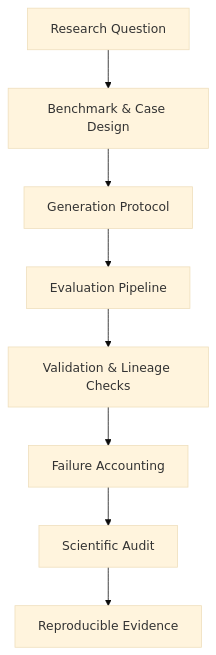
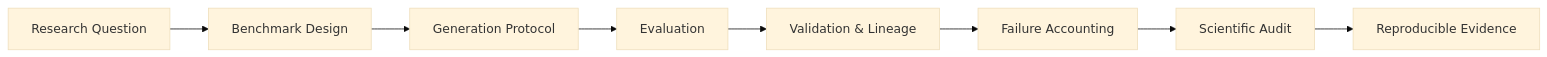
The diagram in README.md (XuWenboooo/XuWenboooo), drawn with Mermaid (base theme) before and after one commit. The commit also changed other lines of this file, not shown here.

Commit message:
feat: redesign profile with sci-fi research aesthetic

````diff
--- a/README.md
+++ b/README.md
@@ -79,10 +67,10 @@
 ```mermaid
-flowchart TD
-    A[Research Question] --> B[Benchmark & Case Design]
+flowchart LR
+    A[Research Question] --> B[Benchmark Design]
     B --> C[Generation Protocol]
-    C --> D[Evaluation Pipeline]
-    D --> E[Validation & Lineage Checks]
+    C --> D[Evaluation]
+    D --> E[Validation & Lineage]
     E --> F[Failure Accounting]
     F --> G[Scientific Audit]
     G --> H[Reproducible Evidence]
 ```
````
